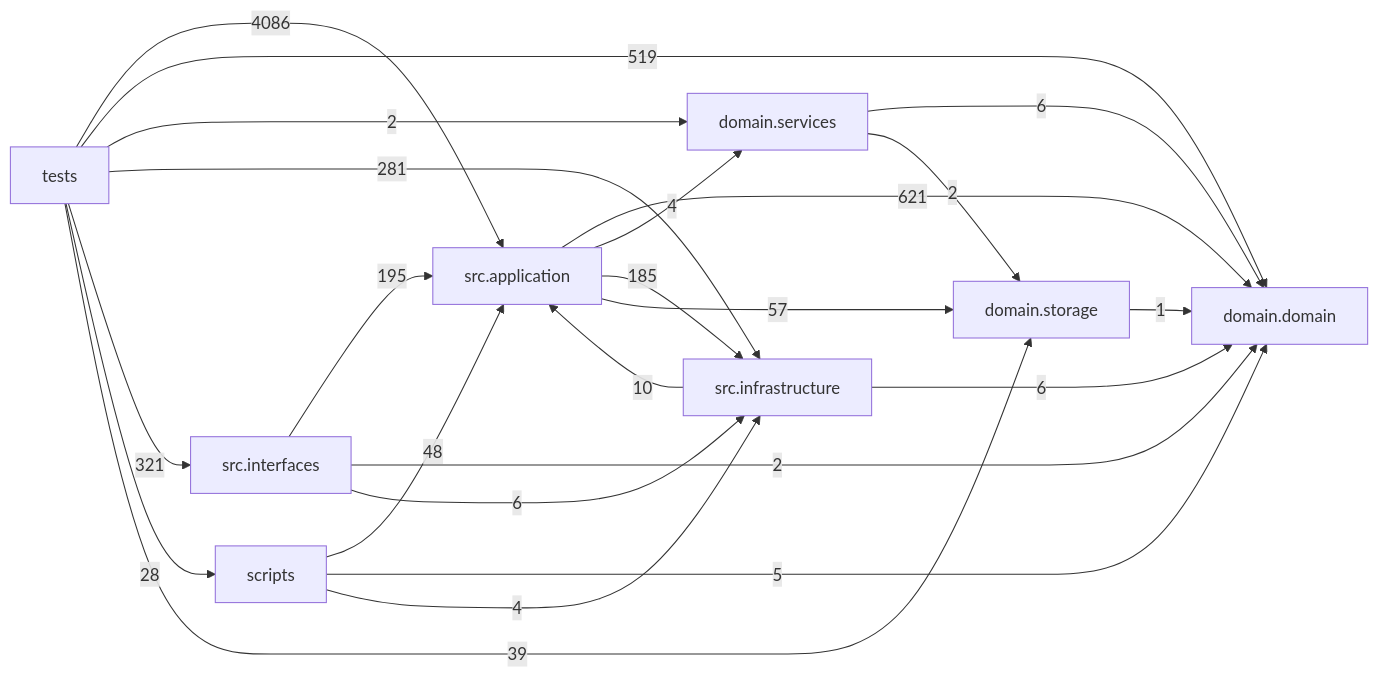
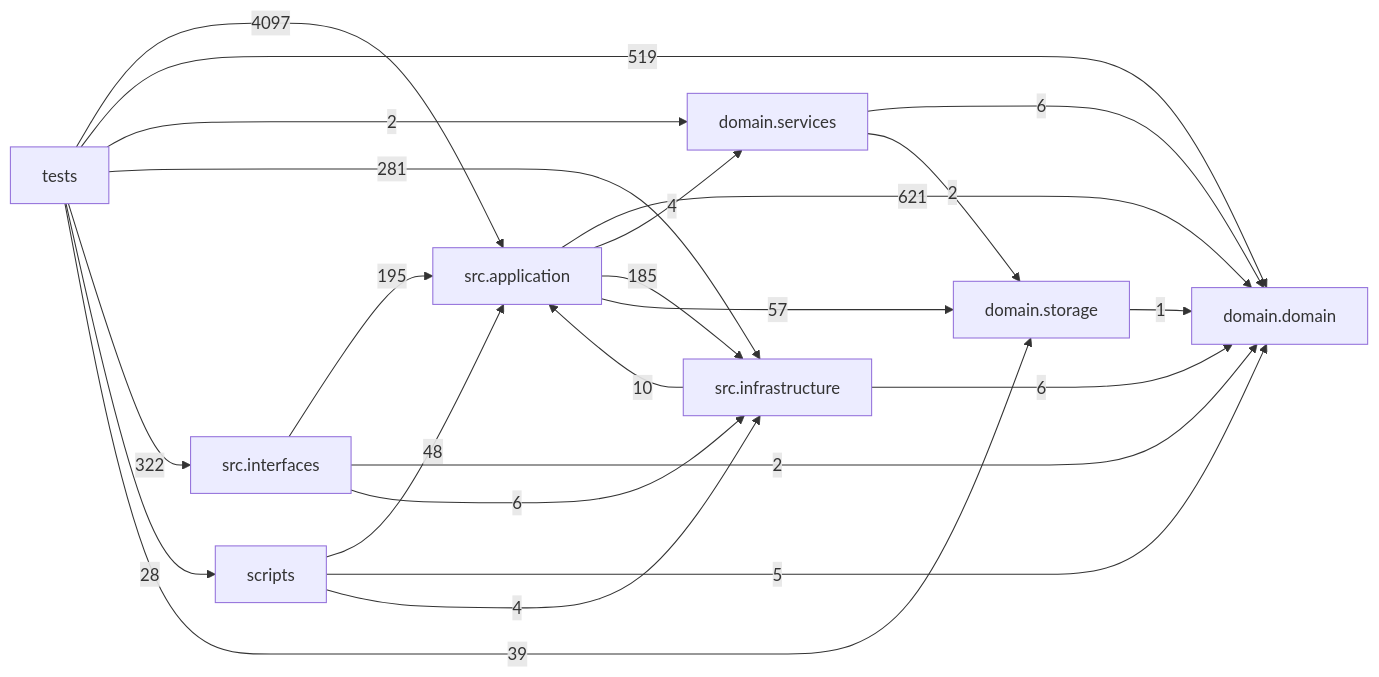
One commit to liuxie066/options-monitor changed the diagram in docs/DEPENDENCY_GRAPH.md. Above: the diagram before and after it, drawn with Mermaid. The commit also changed other lines of this file and 10 other files, not shown here.

````diff
--- a/docs/DEPENDENCY_GRAPH.md
+++ b/docs/DEPENDENCY_GRAPH.md
@@ -24,33 +24,33 @@
 ```mermaid
 flowchart LR
   tests["tests"]
   scripts["scripts"]
   interfaces["src.interfaces"]
   application["src.application"]
   infrastructure["src.infrastructure"]
   domain_services["domain.services"]
   domain["domain.domain"]
   storage["domain.storage"]
   application -->|621| domain
   application -->|4| domain_services
   application -->|185| infrastructure
   application -->|57| storage
   domain_services -->|6| domain
   domain_services -->|2| storage
   infrastructure -->|10| application
   infrastructure -->|6| domain
   interfaces -->|195| application
   interfaces -->|2| domain
   interfaces -->|6| infrastructure
   scripts -->|48| application
   scripts -->|5| domain
   scripts -->|4| infrastructure
   storage -->|1| domain
-  tests -->|4086| application
+  tests -->|4097| application
   tests -->|519| domain
   tests -->|2| domain_services
   tests -->|281| infrastructure
-  tests -->|321| interfaces
+  tests -->|322| interfaces
   tests -->|28| scripts
   tests -->|39| storage
 ```
````
